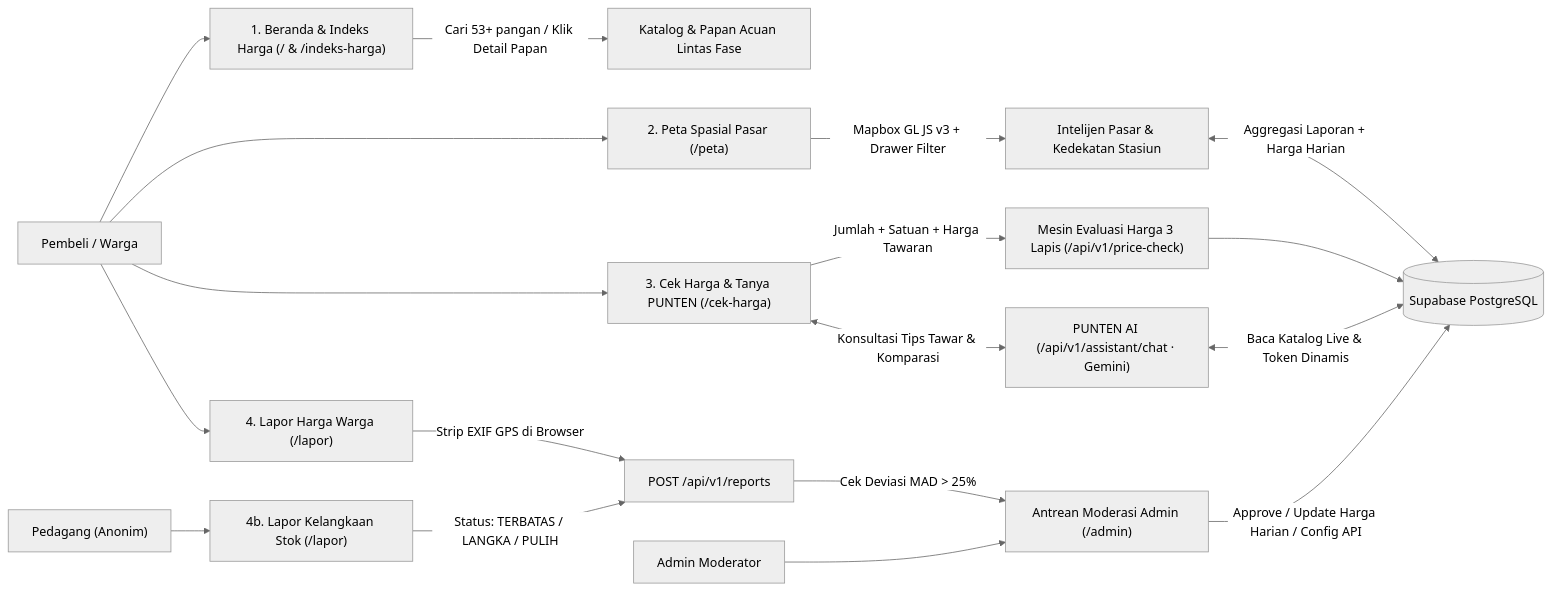
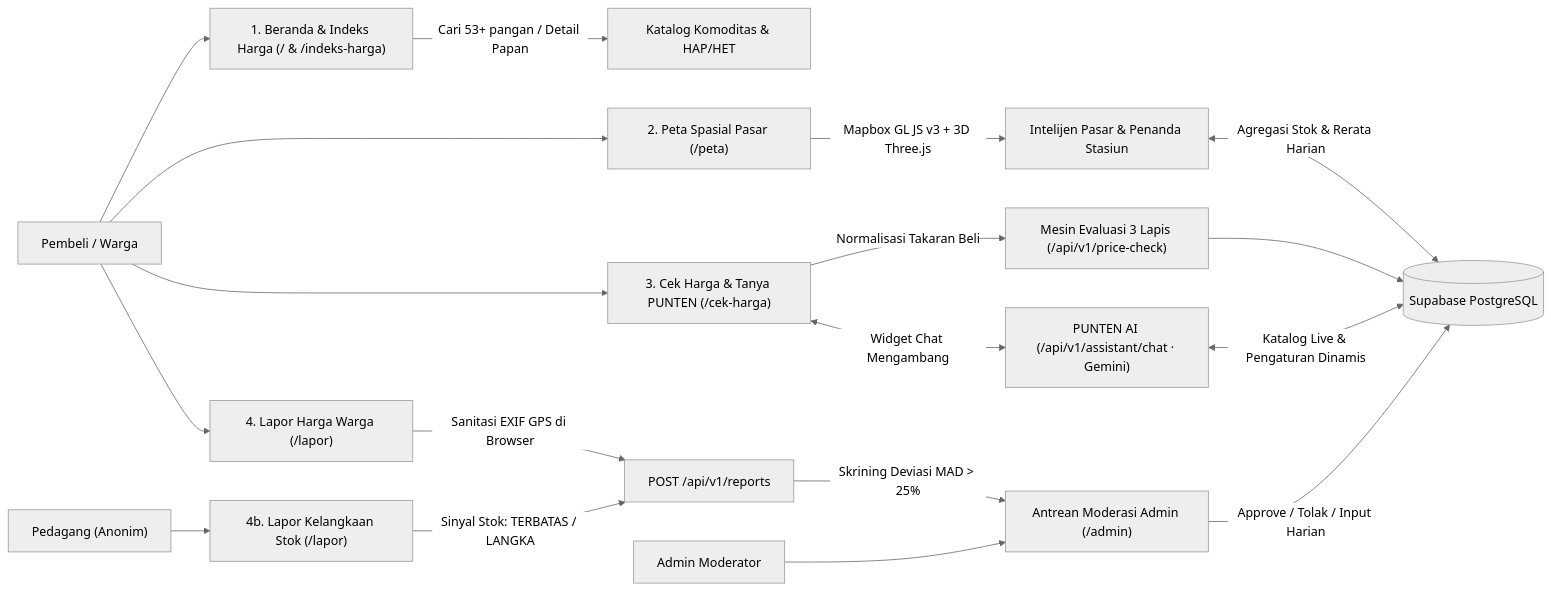
One commit to ZimrionVarethos/hargaku changed the diagram in README.md. Above: the diagram before and after it, drawn with Mermaid (neutral theme). The commit also changed other lines of this file, not shown here.

````diff
--- a/README.md
+++ b/README.md
@@ -71,23 +162,23 @@
 ```mermaid
 flowchart LR
     U1["Pembeli / Warga"] --> R1["1. Beranda & Indeks Harga (/ & /indeks-harga)"]
     U1 --> R2["2. Peta Spasial Pasar (/peta)"]
     U1 --> R3["3. Cek Harga & Tanya PUNTEN (/cek-harga)"]
     U1 --> R4["4. Lapor Harga Warga (/lapor)"]
     U2["Pedagang (Anonim)"] --> R4S["4b. Lapor Kelangkaan Stok (/lapor)"]
 
-    R1 -->|"Cari 53+ pangan / Klik Detail Papan"| IDX["Katalog & Papan Acuan Lintas Fase"]
-    R2 -->|"Mapbox GL JS v3 + Drawer Filter"| MKT["Intelijen Pasar & Kedekatan Stasiun"]
-    R3 -->|"Jumlah + Satuan + Harga Tawaran"| ENG["Mesin Evaluasi Harga 3 Lapis (/api/v1/price-check)"]
-    R3 <-->|"Konsultasi Tips Tawar & Komparasi"| AI["PUNTEN AI (/api/v1/assistant/chat · Gemini)"]
+    R1 -->|"Cari 53+ pangan / Detail Papan"| IDX["Katalog Komoditas & HAP/HET"]
+    R2 -->|"Mapbox GL JS v3 + 3D Three.js"| MKT["Intelijen Pasar & Penanda Stasiun"]
+    R3 -->|"Normalisasi Takaran Beli"| ENG["Mesin Evaluasi 3 Lapis (/api/v1/price-check)"]
+    R3 <-->|"Widget Chat Mengambang"| AI["PUNTEN AI (/api/v1/assistant/chat · Gemini)"]
 
     ENG --> DB[("Supabase PostgreSQL")]
-    MKT <-->|"Aggregasi Laporan + Harga Harian"| DB
-    AI <-->|"Baca Katalog Live & Token Dinamis"| DB
+    MKT <-->|"Agregasi Stok & Rerata Harian"| DB
+    AI <-->|"Katalog Live & Pengaturan Dinamis"| DB
 
-    R4 -->|"Strip EXIF GPS di Browser"| API_REP["POST /api/v1/reports"]
-    R4S -->|"Status: TERBATAS / LANGKA / PULIH"| API_REP
-    API_REP -->|"Cek Deviasi MAD > 25%"| MOD["Antrean Moderasi Admin (/admin)"]
+    R4 -->|"Sanitasi EXIF GPS di Browser"| API_REP["POST /api/v1/reports"]
+    R4S -->|"Sinyal Stok: TERBATAS / LANGKA"| API_REP
+    API_REP -->|"Skrining Deviasi MAD > 25%"| MOD["Antrean Moderasi Admin (/admin)"]
     U3["Admin Moderator"] --> MOD
-    MOD -->|"Approve / Update Harga Harian / Config API"| DB
+    MOD -->|"Approve / Tolak / Input Harian"| DB
 ```
````
